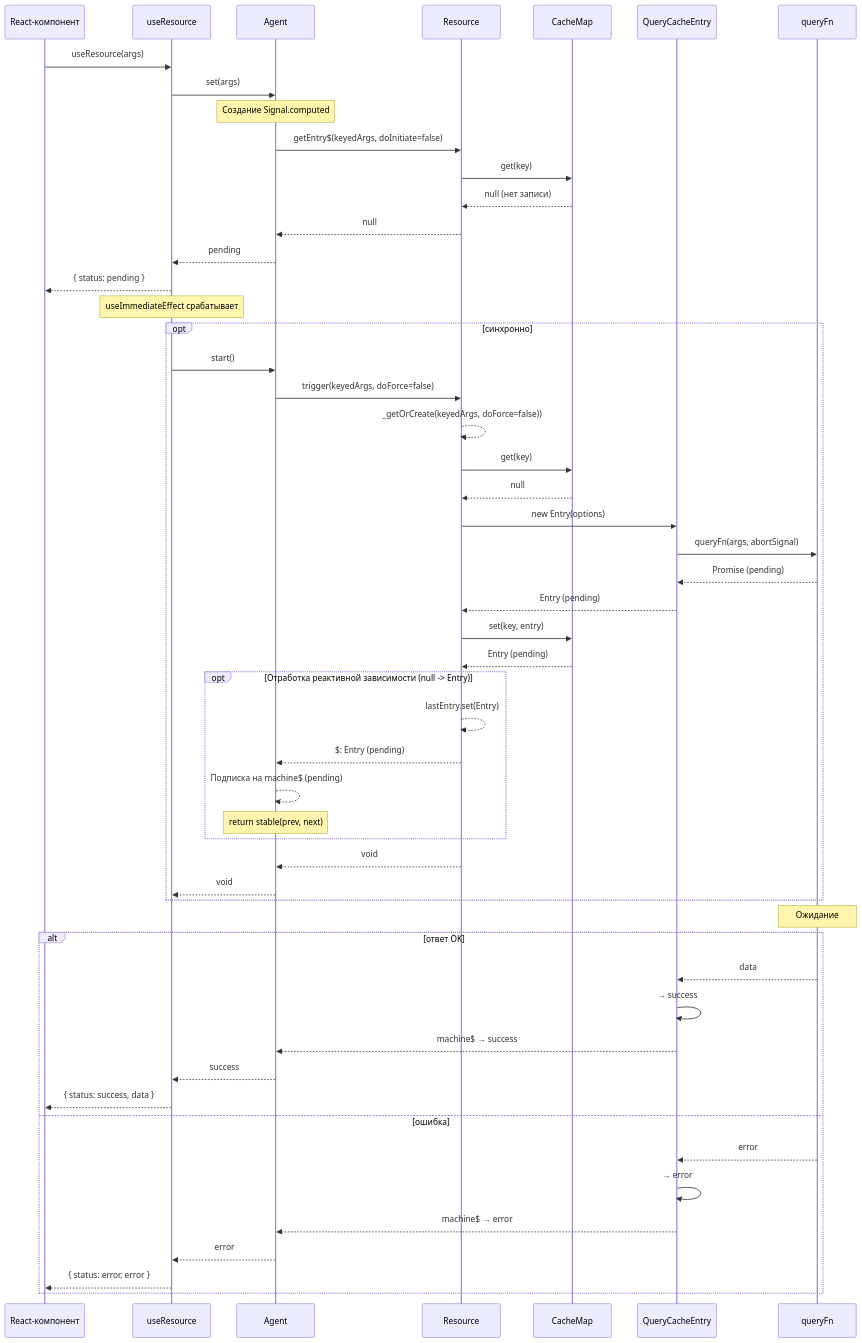
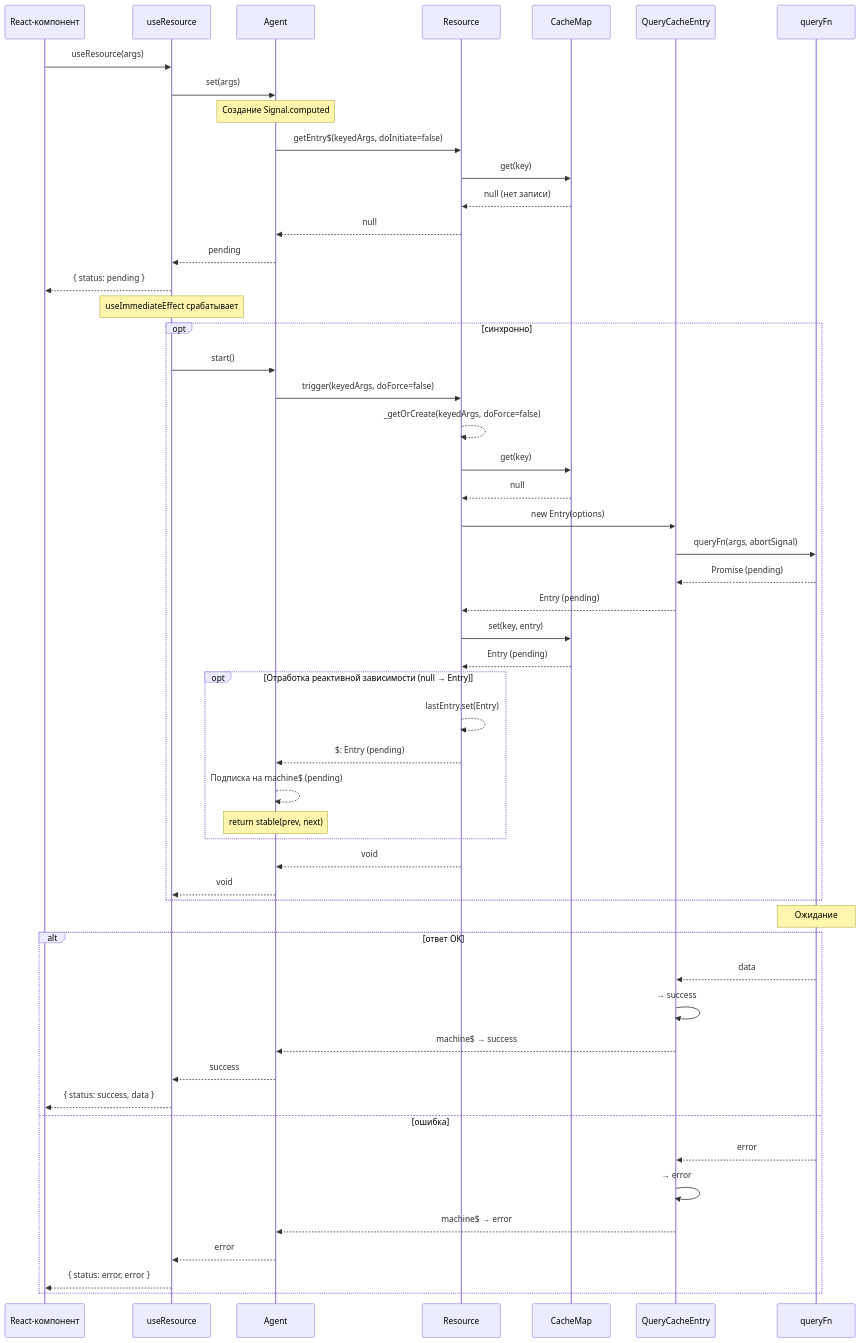
One commit to fozy-labs/rx-toolkit changed the first of 10 diagrams in docs/query/concepts/dataflows.md. Above: the diagram before and after it, drawn with Mermaid. The commit also changed other lines of this file and 1 other file, not shown here.

````diff
--- a/docs/query/concepts/dataflows.md
+++ b/docs/query/concepts/dataflows.md
@@ -11,67 +11,67 @@
 ```mermaid
 sequenceDiagram
     participant UI as React-компонент
     participant Hook as useResource
     participant Agent as Agent
     participant Res as Resource
     participant Cache as CacheMap
     participant Entry as QueryCacheEntry
     participant Query as queryFn
 
     UI->>Hook: useResource(args)
     Hook->>Agent: set(args)
 
     Note over Agent: Создание Signal.computed
 
     Agent->>Res: getEntry$(keyedArgs, doInitiate=false)
 
     Res->>Cache: get(key)
     Cache-->>Res: null (нет записи)
     Res-->>Agent: null
     Agent-->>Hook: pending
     Hook-->>UI: { status: pending }
 
     Note over Hook: useImmediateEffect срабатывает
 
     opt синхронно
         Hook->>Agent: start()
         Agent->>Res: trigger(keyedArgs, doForce=false)
-        Res-->>Res: _getOrCreate(keyedArgs, doForce=false))
+        Res-->>Res: _getOrCreate(keyedArgs, doForce=false)
         Res->>Cache: get(key)
         Cache-->>Res: null
         Res->>Entry: new Entry(options)
         Entry->>Query: queryFn(args, abortSignal)
         Query-->>Entry: Promise (pending)
-        Entry-->> Res: Entry (pending)
+        Entry-->>Res: Entry (pending)
 
         Res->>Cache: set(key, entry)
     
         Cache-->>Res: Entry (pending)
 
-        opt Отработка реактивной зависимости (null -> Entry)
+        opt Отработка реактивной зависимости (null → Entry)
             Res -->> Res: lastEntry.set(Entry)
             Res-->>Agent: $: Entry (pending)
             Agent-->>Agent: Подписка на machine$ (pending)
             Note over Agent: return stable(prev, next)
         end
 
         Res -->> Agent: void
         Agent-->>Hook: void
     end
 
     Note over Query: Ожидание
 
     alt ответ OK
         Query-->>Entry: data
         Entry->>Entry: → success
         Entry-->>Agent: machine$ → success
         Agent-->>Hook: success
         Hook-->>UI: { status: success, data }
     else ошибка
         Query-->>Entry: error
         Entry->>Entry: → error
         Entry-->>Agent: machine$ → error
         Agent-->>Hook: error
         Hook-->>UI: { status: error, error }
     end
 ```
````
